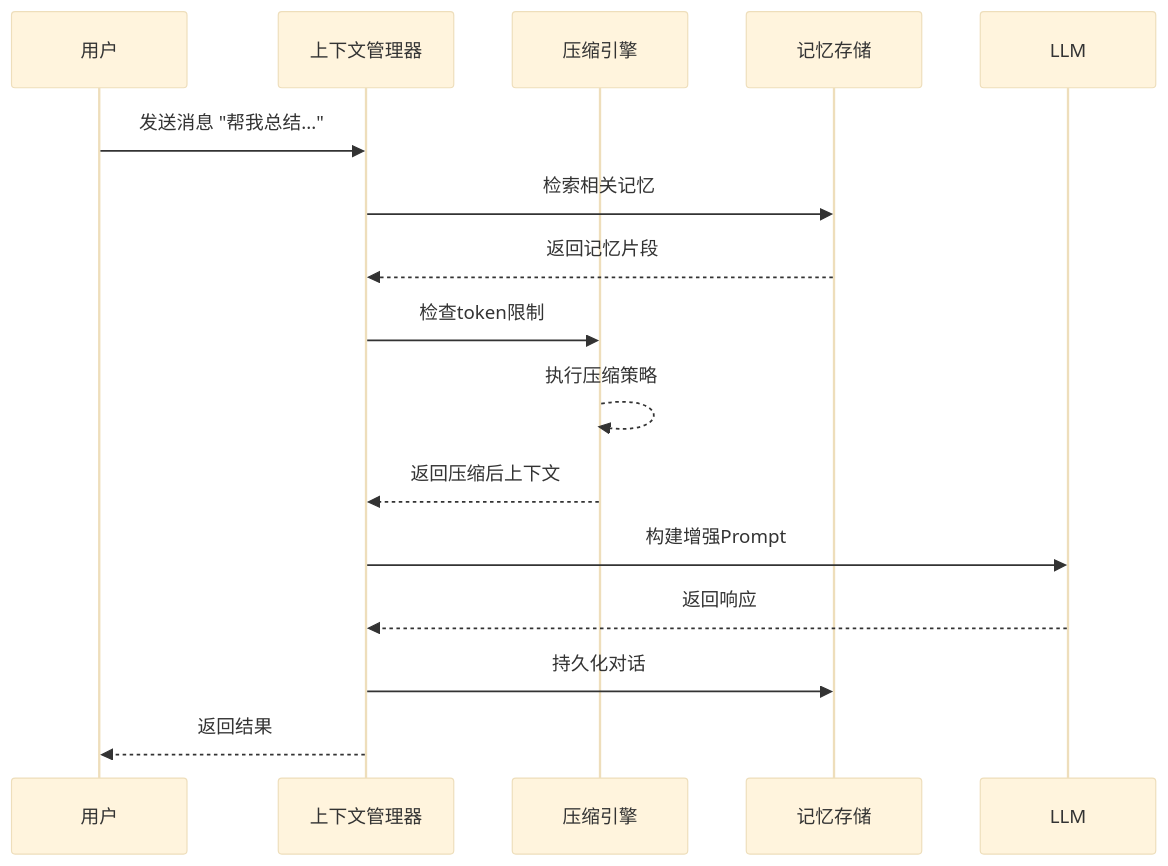
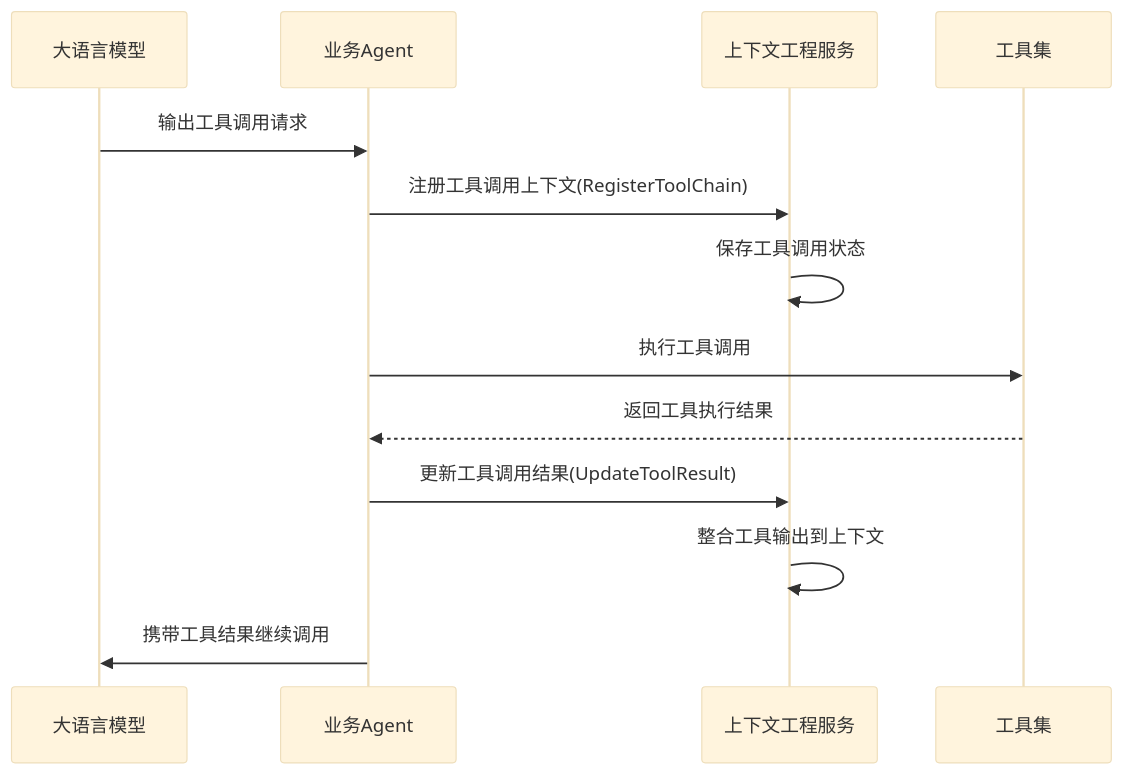
One commit to 352775098-dev/ContextService changed the sixth of 27 diagrams in docs/architecture.md.md. Above: the diagram before and after it, drawn with Mermaid (base theme). The commit also changed other lines of this file, not shown here.

````diff
--- a/docs/architecture.md.md
+++ b/docs/architecture.md.md
@@ -119,19 +178,16 @@
 ```mermaid
 sequenceDiagram
-    participant U as 用户
-    participant CM as 上下文管理器
-    participant CE as 压缩引擎
-    participant MS as 记忆存储
-    participant LLM as LLM
-    
-    U->>CM: 发送消息 "帮我总结..."
-    CM->>MS: 检索相关记忆
-    MS-->>CM: 返回记忆片段
-    CM->>CE: 检查token限制
-    CE-->>CE: 执行压缩策略
-    CE-->>CM: 返回压缩后上下文
-    CM->>LLM: 构建增强Prompt
-    LLM-->>CM: 返回响应
-    CM->>MS: 持久化对话
-    CM-->>U: 返回结果
+    participant LLM as 大语言模型
+    participant Agent as 业务Agent
+    participant CE as 上下文工程服务
+    participant Tools as 工具集
+
+    LLM->>Agent: 输出工具调用请求
+    Agent->>CE: 注册工具调用上下文(RegisterToolChain)
+    CE->>CE: 保存工具调用状态
+    Agent->>Tools: 执行工具调用
+    Tools-->>Agent: 返回工具执行结果
+    Agent->>CE: 更新工具调用结果(UpdateToolResult)
+    CE->>CE: 整合工具输出到上下文
+    Agent->>LLM: 携带工具结果继续调用
 ```
````
